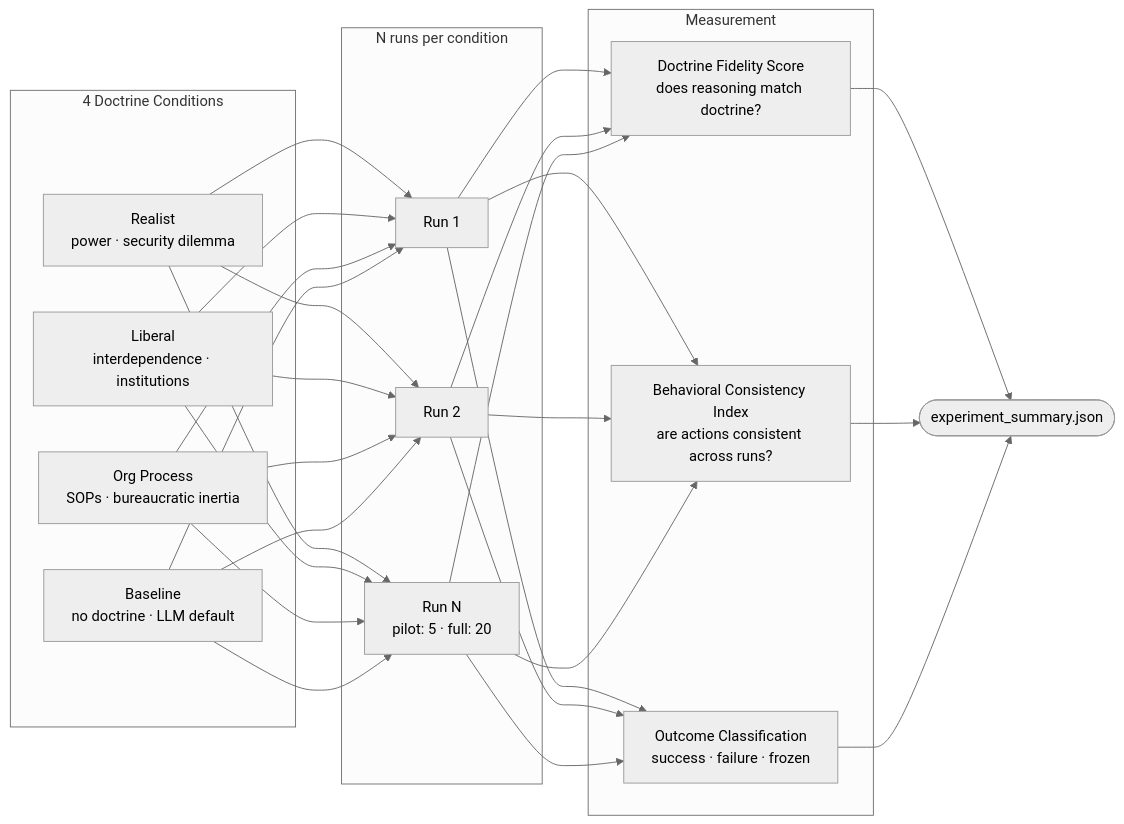
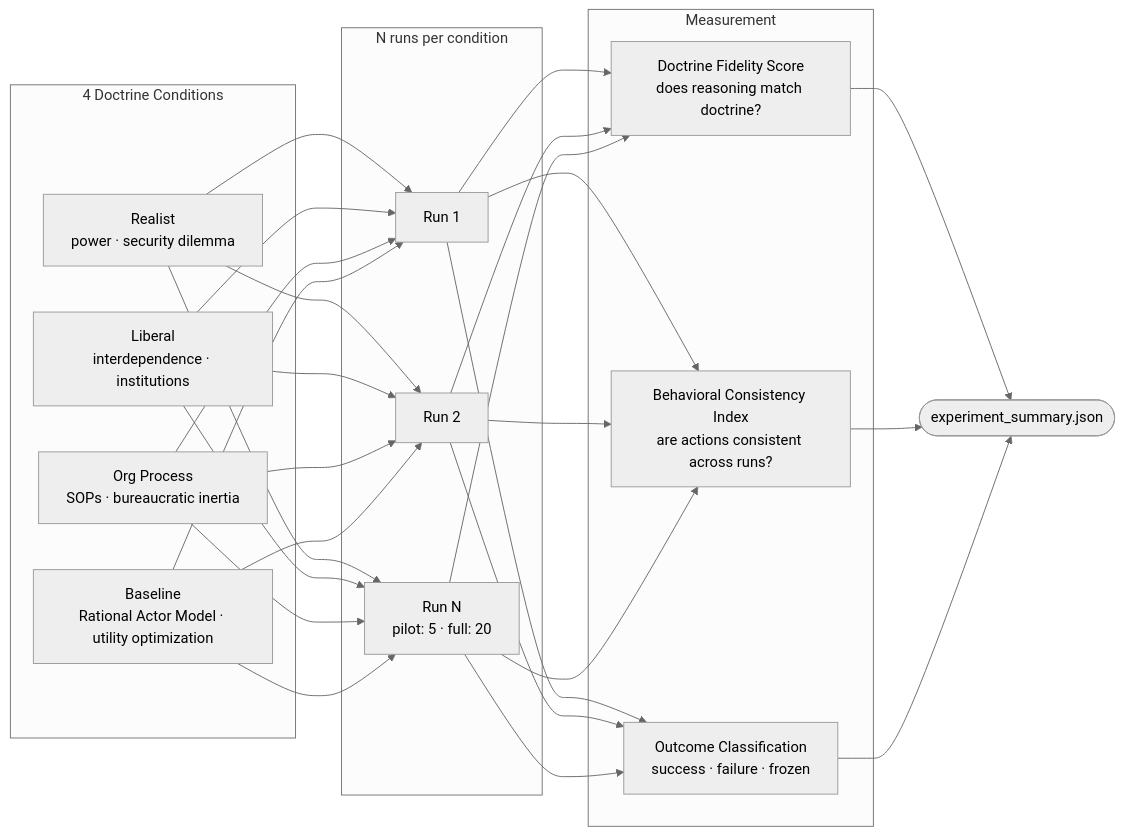
Before and after one commit to DanielreshGithub/OSE: the fourth of 7 diagrams in README.md, drawn with Mermaid (neutral theme). The commit also changed other lines of this file, not shown here.

````diff
--- a/README.md
+++ b/README.md
@@ -195,25 +214,25 @@
 ```mermaid
 flowchart LR
     subgraph Conditions["4 Doctrine Conditions"]
         C1[Realist\npower · security dilemma]
         C2[Liberal\ninterdependence · institutions]
         C3[Org Process\nSOPs · bureaucratic inertia]
-        C4[Baseline\nno doctrine · LLM default]
+        C4[Baseline\nRational Actor Model · utility optimization]
     end
 
     subgraph Runs["N runs per condition"]
         R1[Run 1]
         R2[Run 2]
         RN[Run N\npilot: 5 · full: 20]
     end
 
     subgraph Scoring["Measurement"]
         DFS[Doctrine Fidelity Score\ndoes reasoning match doctrine?]
         BCI[Behavioral Consistency Index\nare actions consistent across runs?]
         OUT[Outcome Classification\nsuccess · failure · frozen]
     end
 
     C1 & C2 & C3 & C4 --> R1 & R2 & RN
     R1 & R2 & RN --> DFS & BCI & OUT
     DFS & BCI & OUT --> Results([experiment_summary.json])
 ```
````
